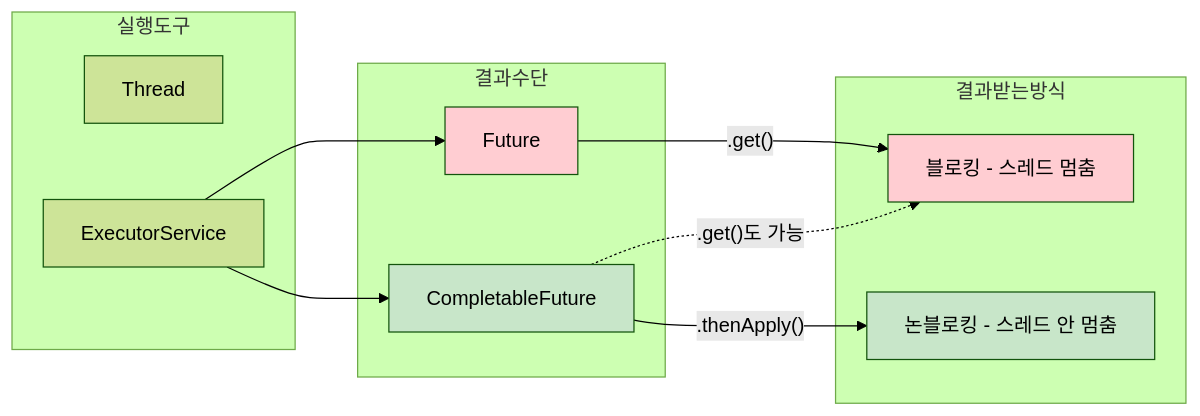
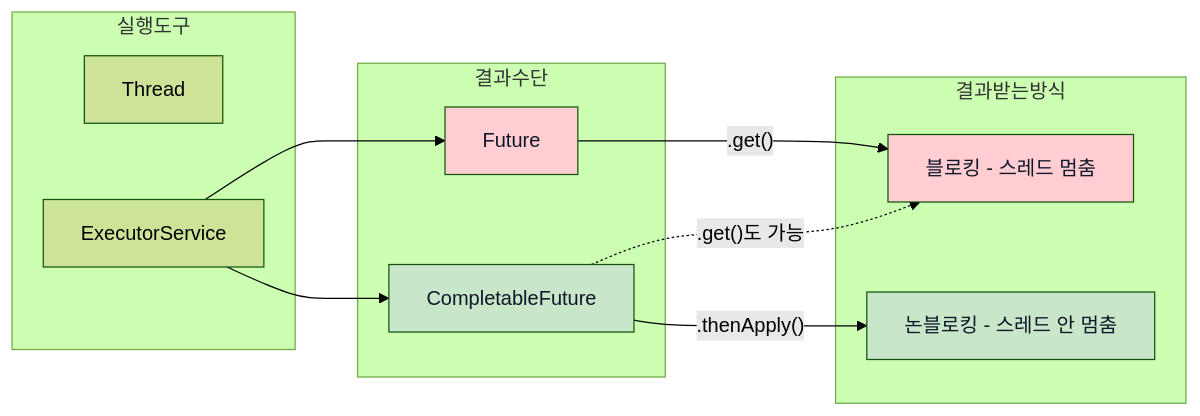
Before and after one commit to snowink1137/blog: the ninth of 16 diagrams in src/content/blog/jvm-concurrency-model-1-fundamentals.md, drawn with Mermaid (forest theme). The commit also changed other lines of this file and 17 other files, not shown here.

First line of the commit message:
mermaid 다크모드 대비 수정 — 파스텔 배경 노드의 글자색 명시

````diff
--- a/src/content/blog/jvm-concurrency-model-1-fundamentals.md
+++ b/src/content/blog/jvm-concurrency-model-1-fundamentals.md
@@ -319,28 +319,28 @@
 ```mermaid
 flowchart LR
     subgraph 실행도구
         THREAD[Thread]
         EXEC[ExecutorService]
     end
 
     subgraph 결과수단
         FUTURE[Future]
         CF[CompletableFuture]
     end
 
     subgraph 결과받는방식
         BLOCK[블로킹 - 스레드 멈춤]
         NONBLOCK[논블로킹 - 스레드 안 멈춤]
     end
 
     EXEC --> FUTURE
     EXEC --> CF
     FUTURE -- ".get()" --> BLOCK
     CF -- ".thenApply()" --> NONBLOCK
     CF -. ".get()도 가능" .-> BLOCK
 
-    style FUTURE fill:#ffcdd2
-    style CF fill:#c8e6c9
-    style BLOCK fill:#ffcdd2
-    style NONBLOCK fill:#c8e6c9
+    style FUTURE fill:#ffcdd2,color:#0f172a
+    style CF fill:#c8e6c9,color:#0f172a
+    style BLOCK fill:#ffcdd2,color:#0f172a
+    style NONBLOCK fill:#c8e6c9,color:#0f172a
 ```
````
